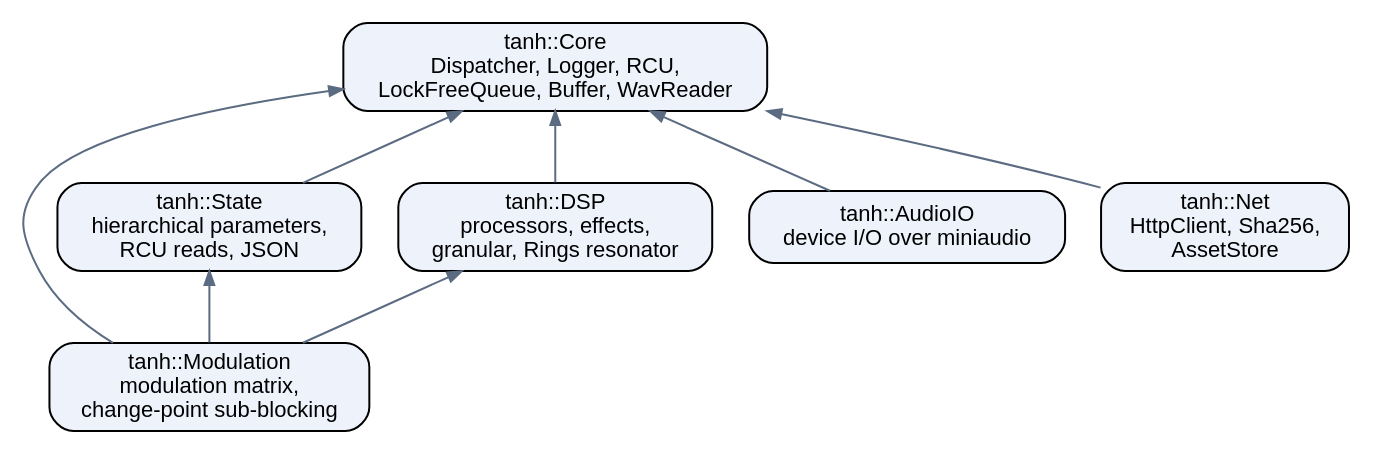
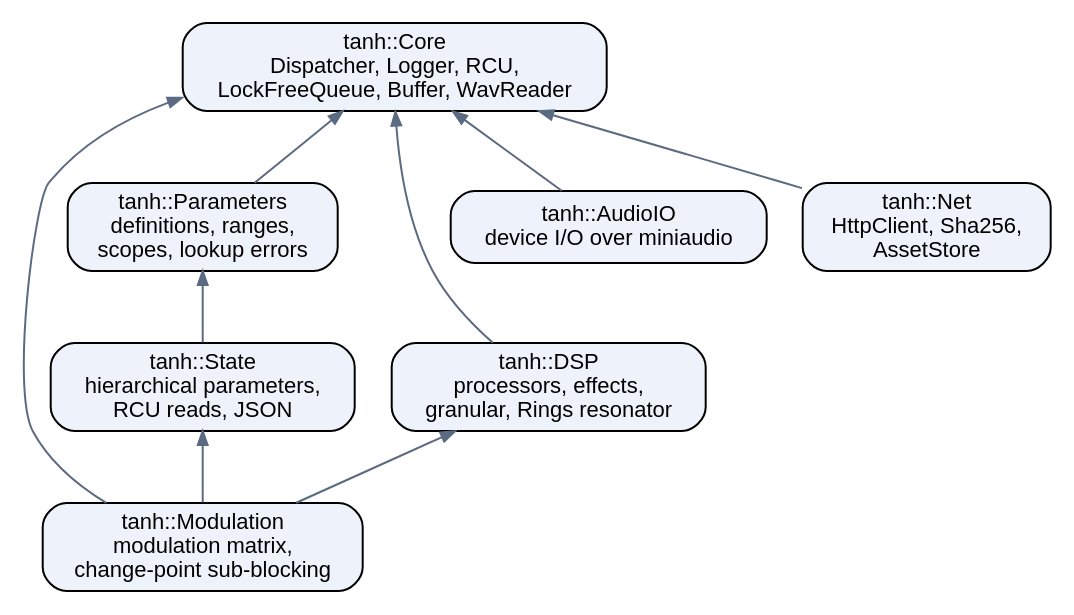
The diagram in docs/sphinx/components.rst (tanh-lab/tanh-lib), drawn with Graphviz before and after one commit. The commit also changed other lines of this file and 21 other files, not shown here.

Commit message:
Add tanh::Parameters, what a parameter is and its lookup errors, shared by State and Modulation, with State's parameter headers forwarding to it.

```diff
--- a/docs/sphinx/components.rst
+++ b/docs/sphinx/components.rst
@@ -9,23 +10,25 @@
 .. graphviz::
    :align: center
 
    digraph components {
        rankdir = BT;
        node [shape=box, style="rounded,filled", fillcolor="#eef3fb", fontname="Helvetica", fontsize=11];
        edge [color="#5b6b82", arrowsize=0.7];
 
        core       [label="tanh::Core\nDispatcher, Logger, RCU,\nLockFreeQueue, Buffer, WavReader"];
+       parameters [label="tanh::Parameters\ndefinitions, ranges,\nscopes, lookup errors"];
        state      [label="tanh::State\nhierarchical parameters,\nRCU reads, JSON"];
        dsp        [label="tanh::DSP\nprocessors, effects,\ngranular, Rings resonator"];
        modulation [label="tanh::Modulation\nmodulation matrix,\nchange-point sub-blocking"];
        audio_io   [label="tanh::AudioIO\ndevice I/O over miniaudio"];
        net        [label="tanh::Net\nHttpClient, Sha256,\nAssetStore"];
 
-       state -> core;
+       parameters -> core;
+       state -> parameters;
        dsp -> core;
        audio_io -> core;
        net -> core;
        modulation -> core;
        modulation -> state;
        modulation -> dsp;
    }
```
